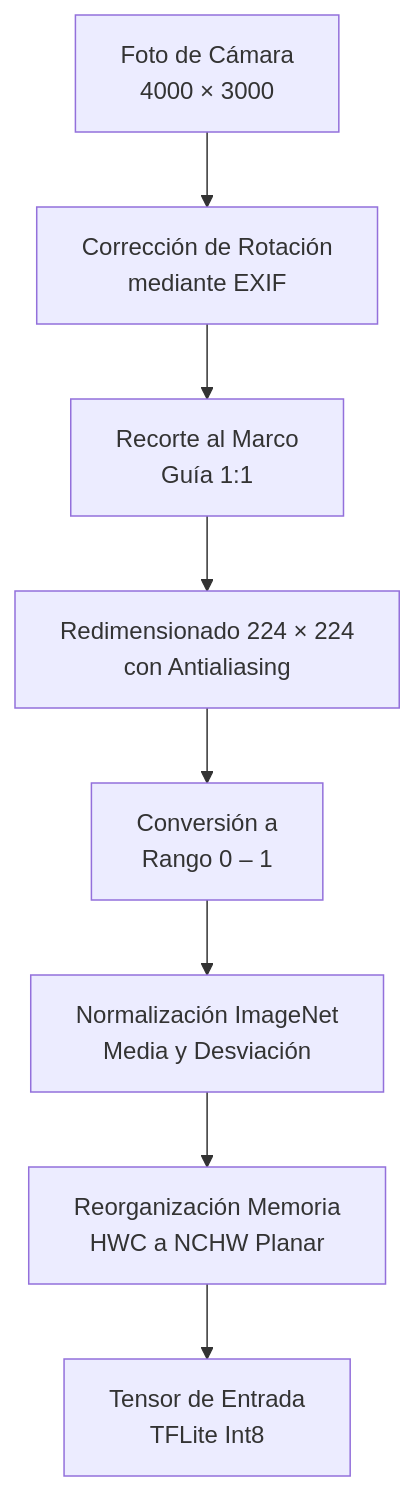
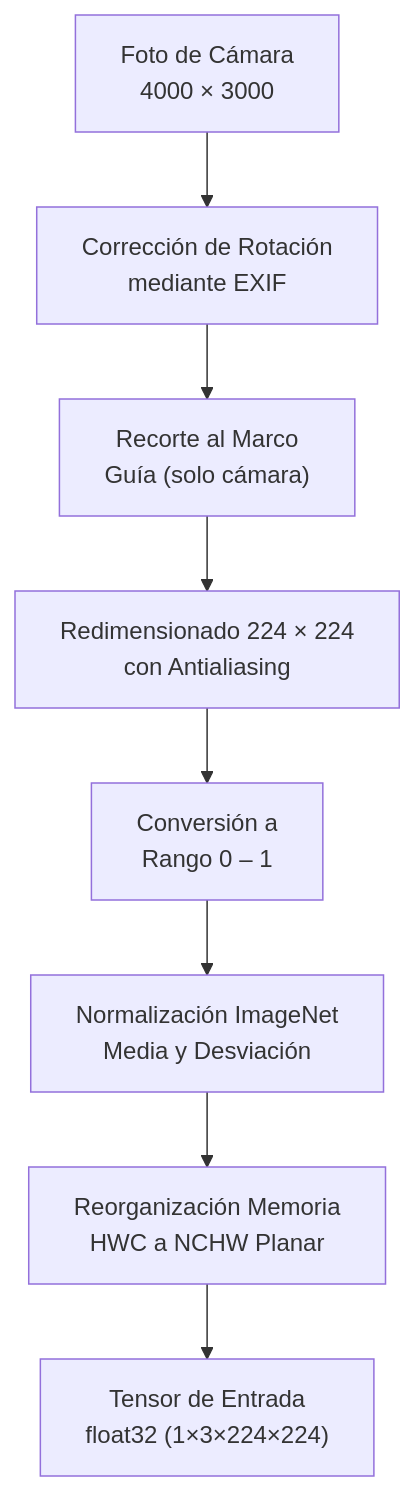
Before and after one commit to daiv05/maize-doctor-classifier: the diagram in docs/es/app/arquitectura-tecnica/pipeline-inferencia.md, drawn with Mermaid. The commit also changed other lines of this file and 359 other files, not shown here.

````diff
--- a/docs/es/app/arquitectura-tecnica/pipeline-inferencia.md
+++ b/docs/es/app/arquitectura-tecnica/pipeline-inferencia.md
@@ -32,10 +35,10 @@
 ```mermaid
 flowchart TD
     A["Foto de Cámara<br/>4000 × 3000"] --> B["Corrección de Rotación<br/>mediante EXIF"]
-    B --> C["Recorte al Marco<br/>Guía 1:1"]
+    B --> C["Recorte al Marco<br/>Guía (solo cámara)"]
     C --> D["Redimensionado 224 × 224<br/>con Antialiasing"]
     D --> E["Conversión a<br/>Rango 0 – 1"]
     E --> F["Normalización ImageNet<br/>Media y Desviación"]
     F --> G["Reorganización Memoria<br/>HWC a NCHW Planar"]
-    G --> H["Tensor de Entrada<br/>TFLite Int8"]
+    G --> H["Tensor de Entrada<br/>float32 (1×3×224×224)"]
 ```
````
